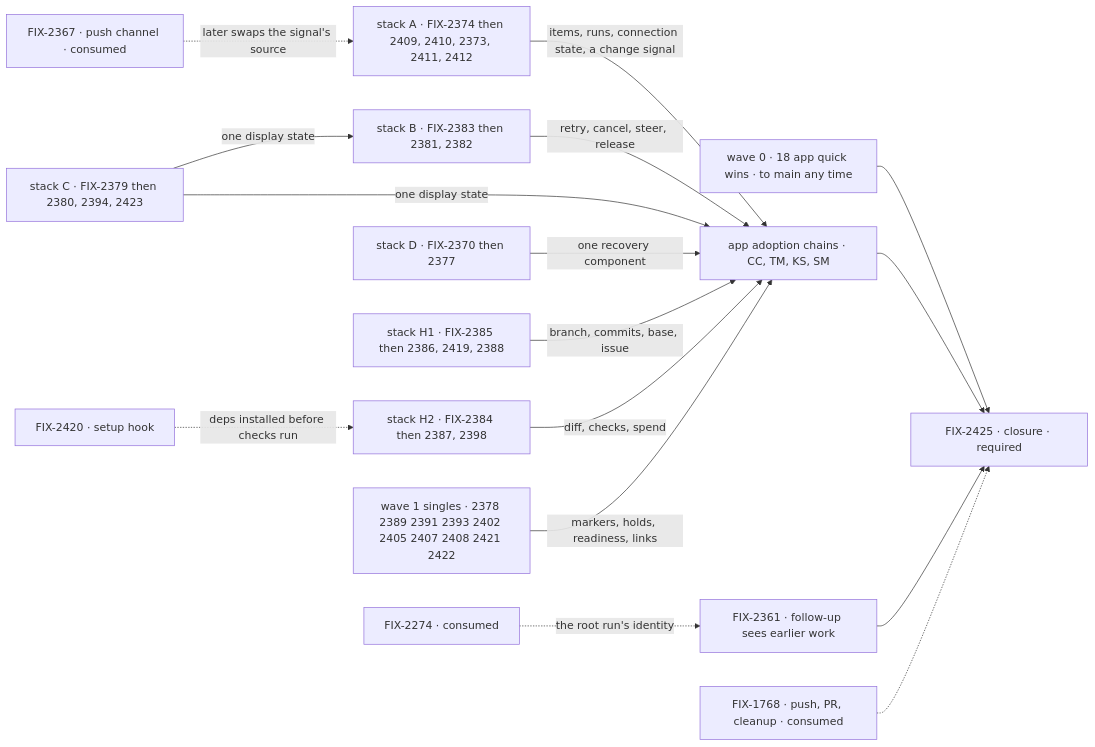
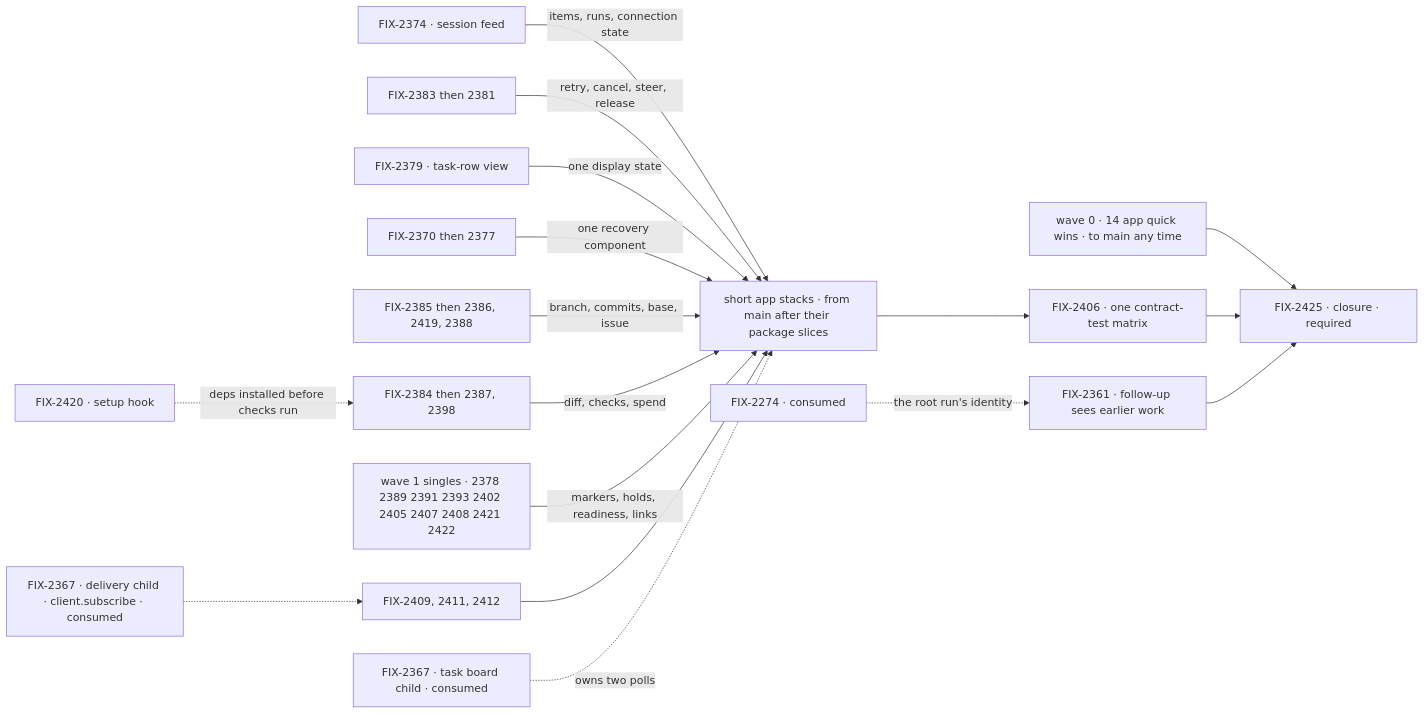
Before and after one commit to fixpoint-labs/flow-state-dev: the second of 2 diagrams in specs/epics/FIX-2369/SPEC.md, drawn with Mermaid. The commit also changed other lines of this file and 5 other files, not shown here.

````diff
--- a/specs/epics/FIX-2369/SPEC.md
+++ b/specs/epics/FIX-2369/SPEC.md
@@ -158,18 +159,19 @@
 ```mermaid
 flowchart LR
-  Q["wave 0 · 18 app quick wins · to main any time"] --> CL["FIX-2425 · closure · required"]
-  A["stack A · FIX-2374 then 2409, 2410, 2373, 2411, 2412"] -->|"items, runs, connection state, a change signal"| AP["app adoption chains · CC, TM, KS, SM"]
-  B["stack B · FIX-2383 then 2381, 2382"] -->|"retry, cancel, steer, release"| AP
-  C["stack C · FIX-2379 then 2380, 2394, 2423"] -->|"one display state"| AP
-  C -->|"one display state"| B
-  D["stack D · FIX-2370 then 2377"] -->|"one recovery component"| AP
-  H1["stack H1 · FIX-2385 then 2386, 2419, 2388"] -->|"branch, commits, base, issue"| AP
-  H2["stack H2 · FIX-2384 then 2387, 2398"] -->|"diff, checks, spend"| AP
+  Q["wave 0 · 14 app quick wins · to main any time"] --> CL["FIX-2425 · closure · required"]
+  A["FIX-2374 · session feed"] -->|"items, runs, connection state"| AP["short app stacks · from main after their package slices"]
+  B["FIX-2383 then 2381"] -->|"retry, cancel, steer, release"| AP
+  C["FIX-2379 · task-row view"] -->|"one display state"| AP
+  D["FIX-2370 then 2377"] -->|"one recovery component"| AP
+  H1["FIX-2385 then 2386, 2419, 2388"] -->|"branch, commits, base, issue"| AP
+  H2["FIX-2384 then 2387, 2398"] -->|"diff, checks, spend"| AP
   W["FIX-2420 · setup hook"] -.->|"deps installed before checks run"| H2
   S["wave 1 singles · 2378 2389 2391 2393 2402 2405 2407 2408 2421 2422"] -->|"markers, holds, readiness, links"| AP
-  AP --> CL
+  P["FIX-2367 · delivery child · client.subscribe · consumed"] -.-> G["FIX-2409, 2411, 2412"]
+  G --> AP
+  T["FIX-2367 · task board child · consumed"] -.->|"owns two polls"| AP
+  AP --> M6["FIX-2406 · one contract-test matrix"]
+  M6 --> CL
   X1["FIX-2274 · consumed"] -.->|"the root run's identity"| X["FIX-2361 · follow-up sees earlier work"]
   X --> CL
-  P["FIX-2367 · push channel · consumed"] -.->|"later swaps the signal's source"| A
-  M["FIX-1768 · push, PR, cleanup · consumed"] -.-> CL
 ```
````
